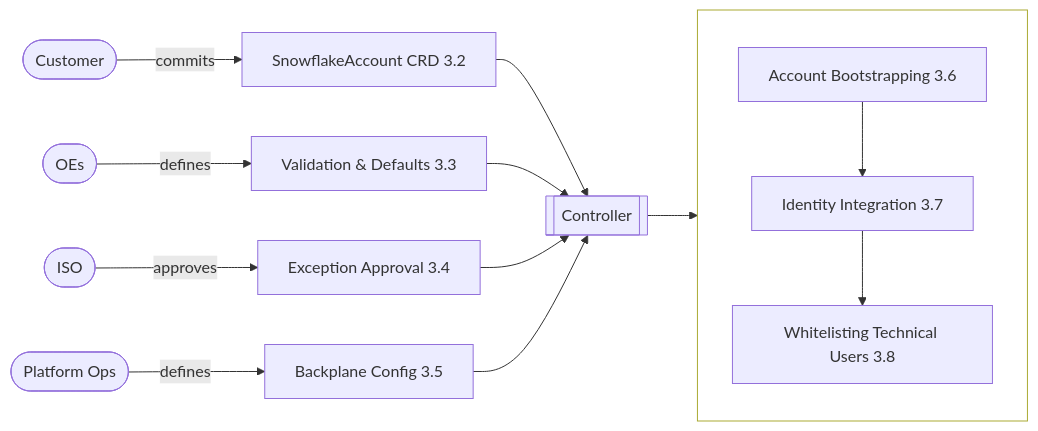
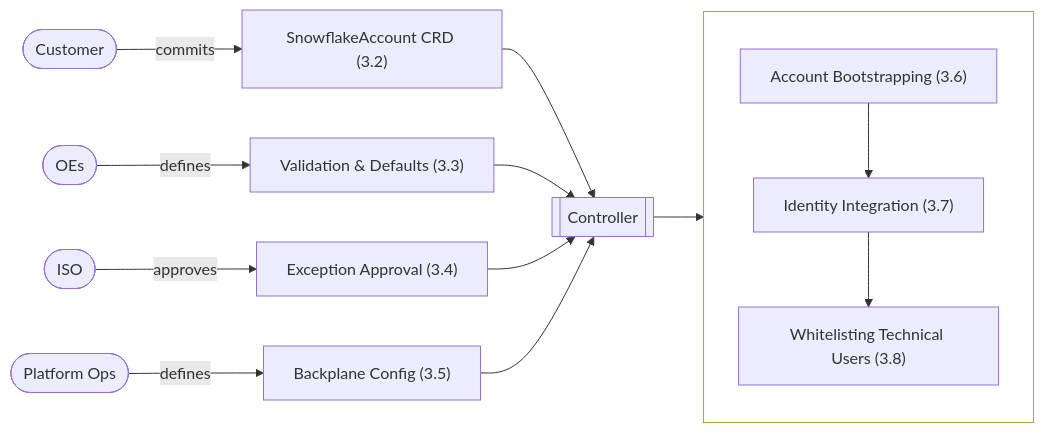
One commit to allianz/yukimi changed the diagram in specs/design.md. Above: the diagram before and after it, drawn with Mermaid. The commit also changed other lines of this file, not shown here.

````diff
--- a/specs/design.md
+++ b/specs/design.md
@@ -112,22 +112,22 @@
 ```mermaid
 flowchart LR
-    Customer([Customer]) -->|commits| CRD[SnowflakeAccount CRD 3.2]
-    OEs([OEs]) -->|defines| ValidationRules[Validation & Defaults 3.3]
-    ISO([ISO]) -->|approves| Exceptions[Exception Approval 3.4]
-    Ops([Platform Ops]) -->|defines| BackplaneConfig[Backplane Config 3.5]
+    Customer([Customer]) -->|commits| CRD["SnowflakeAccount CRD (3.2)"]
+    OEs([OEs]) -->|defines| ValidationRules["Validation & Defaults (3.3)"]
+    ISO([ISO]) -->|approves| Exceptions["Exception Approval (3.4)"]
+    Ops([Platform Ops]) -->|defines| BackplaneConfig["Backplane Config (3.5)"]
 
     CRD --> Controller[[Controller]]
     ValidationRules --> Controller
     Exceptions --> Controller
     BackplaneConfig --> Controller
 
     Controller --> CreateFlow
 
     subgraph createFlowGroup [" "]
         direction TB
-        CreateFlow[Account Bootstrapping 3.6] --> IdentityIntegration[Identity Integration 3.7]
-        IdentityIntegration --> Whitelisting[Whitelisting Technical Users 3.8]
+        CreateFlow["Account Bootstrapping (3.6)"] --> IdentityIntegration["Identity Integration (3.7)"]
+        IdentityIntegration --> Whitelisting["Whitelisting Technical Users (3.8)"]
     end
 
     style createFlowGroup fill:transparent
 ```
````
